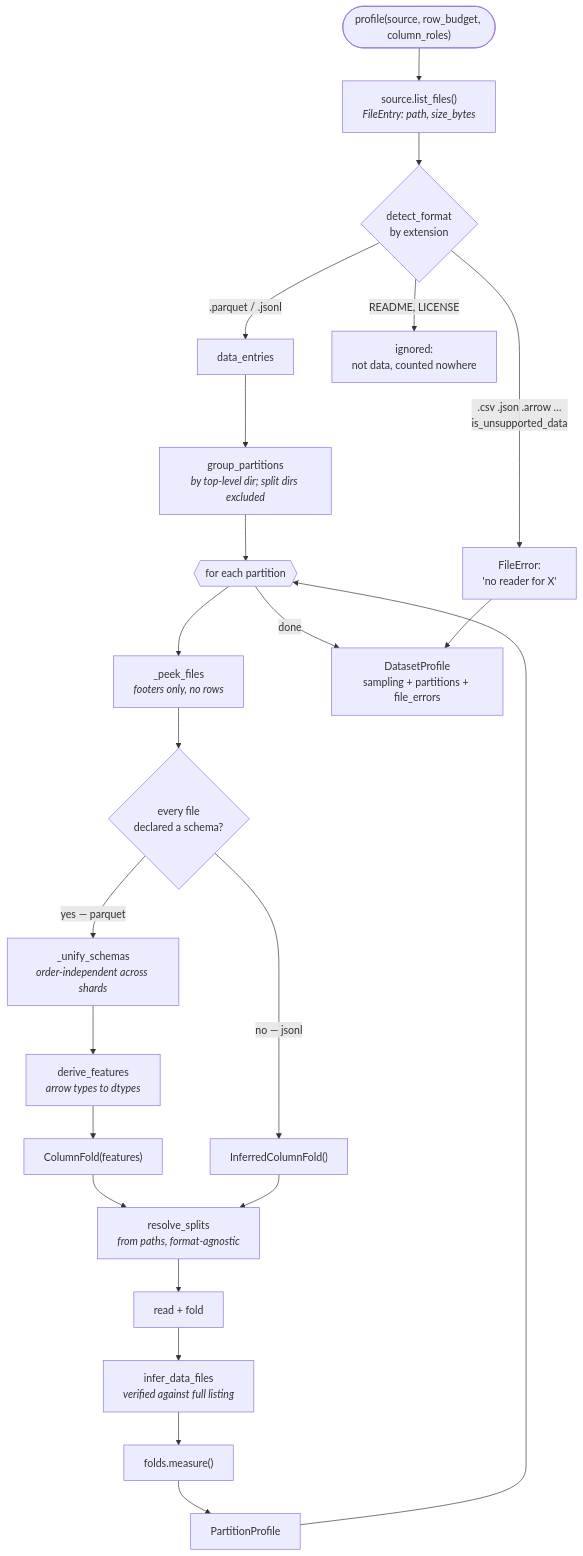
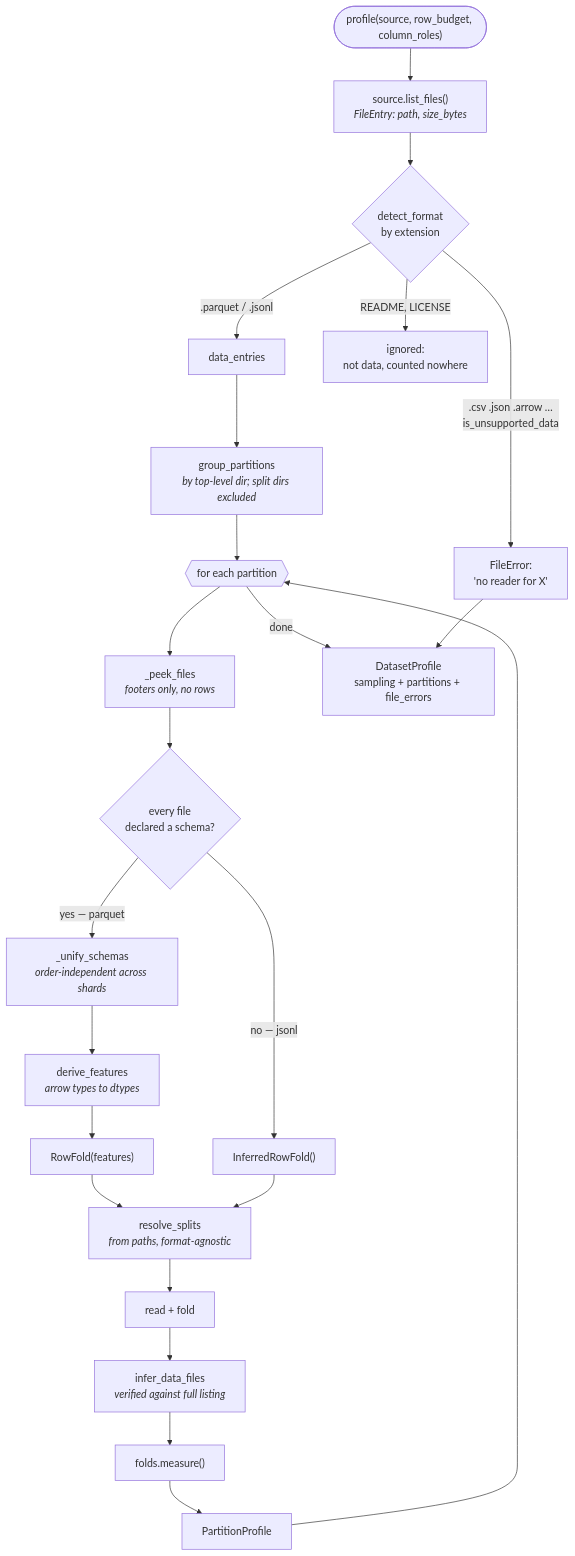
One commit to NVIDIA-NeMo/nemo-platform changed the first of 3 diagrams in plugins/nemo-datasets/README.md. Above: the diagram before and after it, drawn with Mermaid. The commit also changed other lines of this file and 2 other files, not shown here.

````diff
--- a/plugins/nemo-datasets/README.md
+++ b/plugins/nemo-datasets/README.md
@@ -63,30 +63,30 @@
 ```mermaid
 flowchart TD
     START(["profile(source, row_budget, column_roles)"]) --> LIST["source.list_files()<br/><i>FileEntry: path, size_bytes</i>"]
     LIST --> DET{"detect_format<br/>by extension"}
 
     DET -->|".parquet / .jsonl"| DATA["data_entries"]
     DET -->|".csv .json .arrow …<br/>is_unsupported_data"| UNSUP["FileError:<br/>'no reader for X'"]
     DET -->|"README, LICENSE"| IGNORE["ignored:<br/>not data, counted nowhere"]
 
     DATA --> GRP["group_partitions<br/><i>by top-level dir; split dirs excluded</i>"]
     GRP --> LOOP{{"for each partition"}}
     LOOP --> PEEK["_peek_files<br/><i>footers only, no rows</i>"]
     PEEK --> BRANCH{"every file<br/>declared a schema?"}
 
     BRANCH -->|"yes — parquet"| UNI["_unify_schemas<br/><i>order-independent across shards</i>"]
     UNI --> DERIVE["derive_features<br/><i>arrow types to dtypes</i>"]
-    DERIVE --> CF["ColumnFold(features)"]
-    BRANCH -->|"no — jsonl"| ICF["InferredColumnFold()"]
+    DERIVE --> CF["RowFold(features)"]
+    BRANCH -->|"no — jsonl"| ICF["InferredRowFold()"]
 
     CF --> SPLITS
     ICF --> SPLITS["resolve_splits<br/><i>from paths, format-agnostic</i>"]
     SPLITS --> READ["read + fold"]
     READ --> GLOB["infer_data_files<br/><i>verified against full listing</i>"]
     GLOB --> MEASURE["folds.measure()"]
     MEASURE --> PP["PartitionProfile"]
 
     PP --> LOOP
     LOOP -->|"done"| ASM["DatasetProfile<br/>sampling + partitions + file_errors"]
     UNSUP --> ASM
 ```
````
